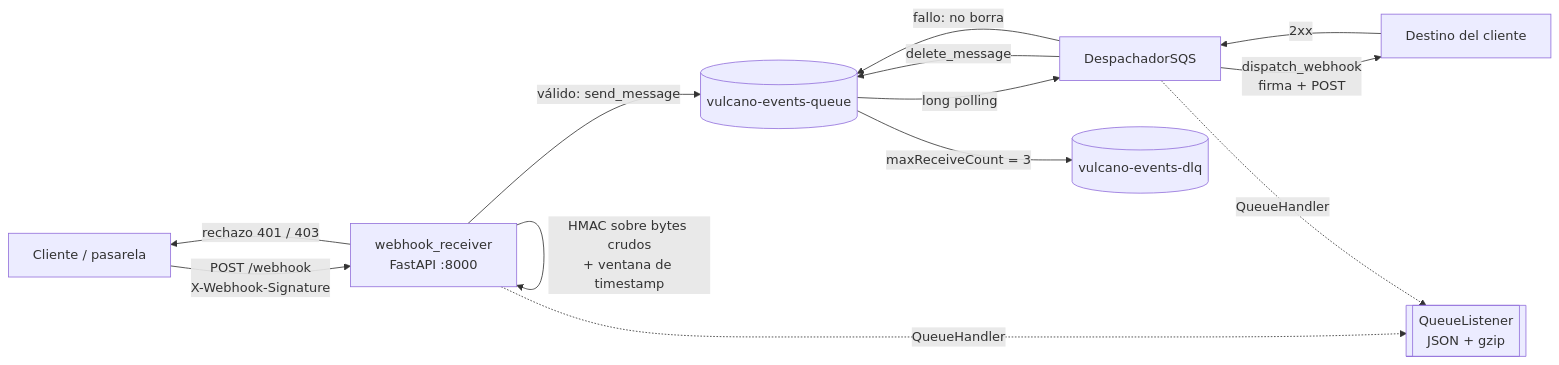
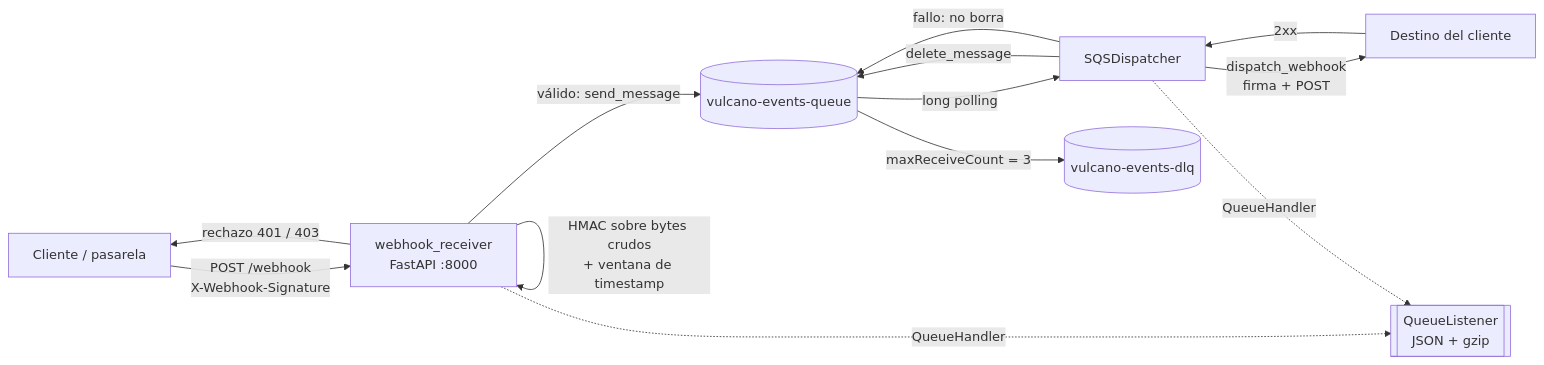
The first of 2 diagrams in README.md (No-Py-No-gain/Vulcano-Pay), drawn with Mermaid before and after one commit. The commit also changed 11 other files, not shown here.

````diff
--- a/README.md
+++ b/README.md
@@ -12,15 +12,15 @@
 ```mermaid
 flowchart LR
     C["Cliente / pasarela"] -->|"POST /webhook<br/>X-Webhook-Signature"| R["webhook_receiver<br/>FastAPI :8000"]
     R -->|"HMAC sobre bytes crudos<br/>+ ventana de timestamp"| R
     R -->|"válido: send_message"| Q[("vulcano-events-queue")]
     R -->|"rechazo 401 / 403"| C
-    Q -->|"long polling"| W["DespachadorSQS"]
+    Q -->|"long polling"| W["SQSDispatcher"]
     W -->|"dispatch_webhook<br/>firma + POST"| D["Destino del cliente"]
     D -->|"2xx"| W
     W -->|"delete_message"| Q
     W -->|"fallo: no borra"| Q
     Q -->|"maxReceiveCount = 3"| DLQ[("vulcano-events-dlq")]
     R -.->|"QueueHandler"| L[["QueueListener<br/>JSON + gzip"]]
     W -.->|"QueueHandler"| L
 ```
````
